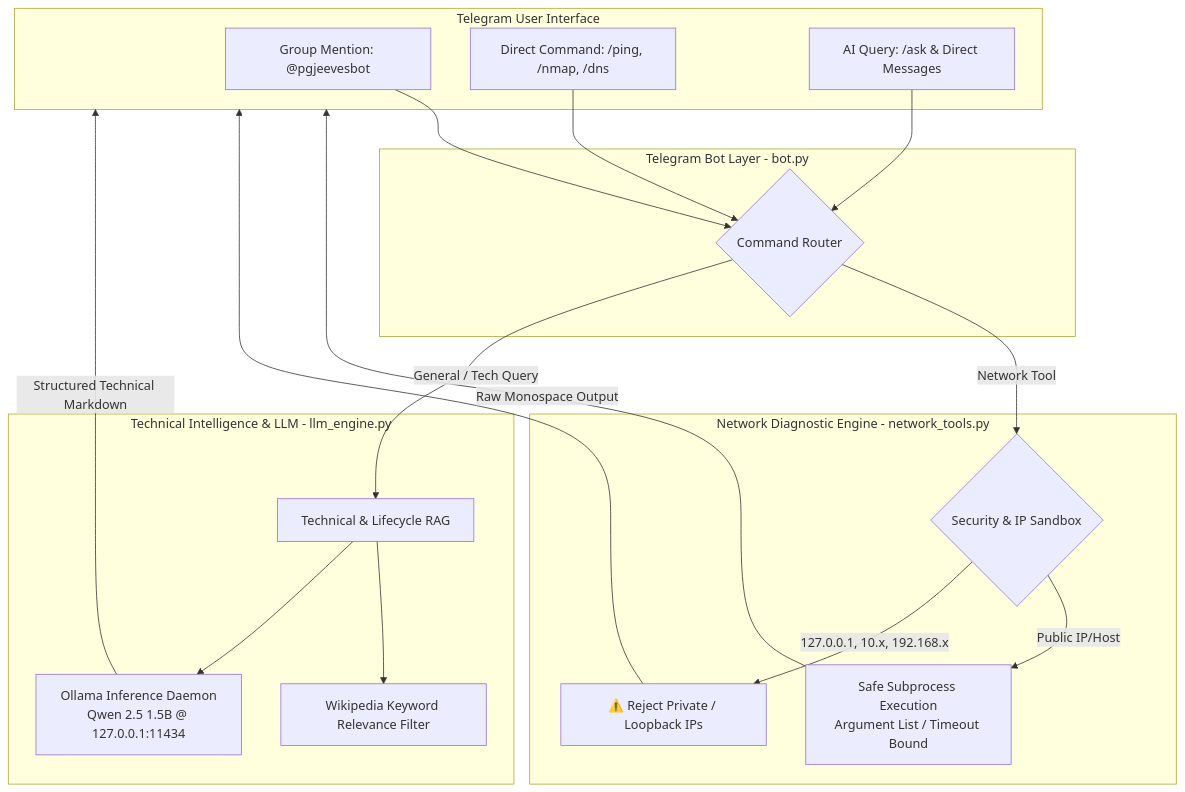
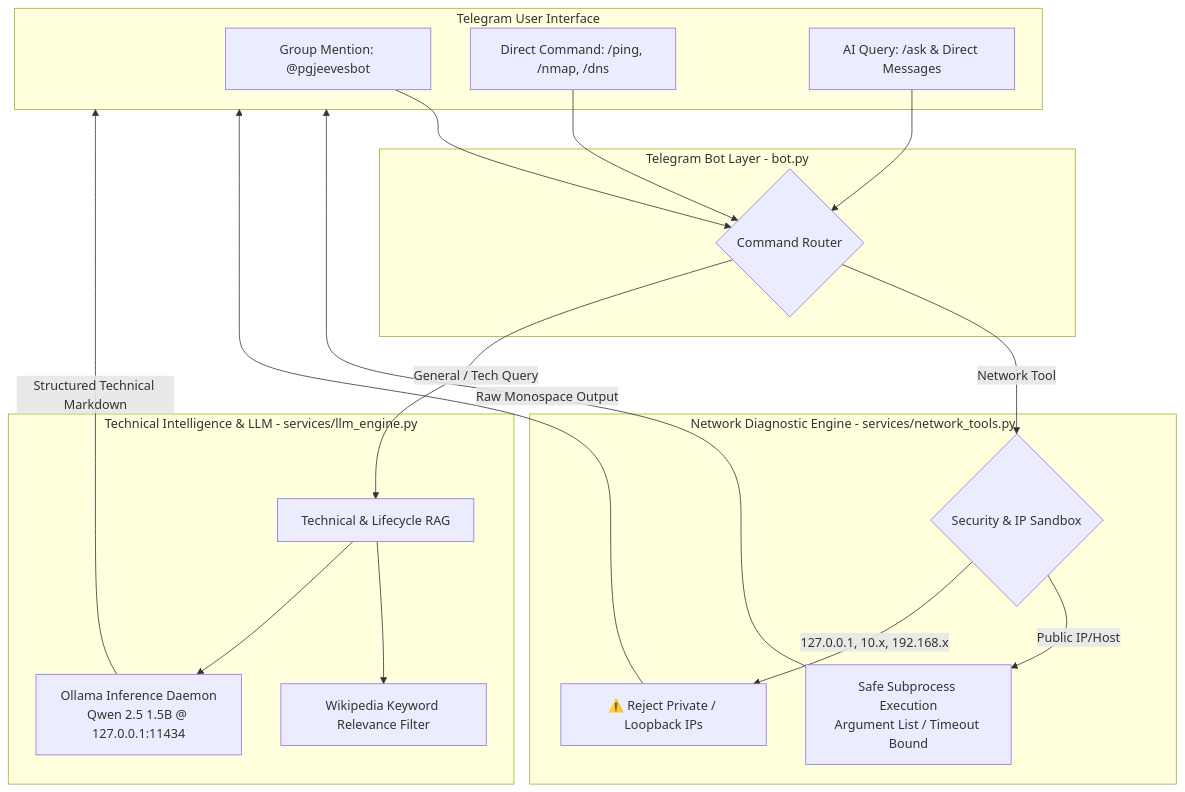
One commit to pngflaver/jeeves changed the second of 2 diagrams in README.md. Above: the diagram before and after it, drawn with Mermaid. The commit also changed other lines of this file and 20 other files, not shown here.

````diff
--- a/README.md
+++ b/README.md
@@ -113,38 +151,38 @@
 ```mermaid
 flowchart TD
     subgraph Telegram_Client [Telegram User Interface]
         U1[Group Mention: @pgjeevesbot]
         U2[Direct Command: /ping, /nmap, /dns]
         U3[AI Query: /ask & Direct Messages]
     end
 
     subgraph Bot_Application [Telegram Bot Layer - bot.py]
         Router{Command Router}
         U1 --> Router
         U2 --> Router
         U3 --> Router
     end
 
-    subgraph Network_Engine [Network Diagnostic Engine - network_tools.py]
+    subgraph Network_Engine [Network Diagnostic Engine - services/network_tools.py]
         Sandbox{Security & IP Sandbox}
         Subproc[Safe Subprocess Execution\nArgument List / Timeout Bound]
         Blocked[⚠️ Reject Private / Loopback IPs]
     end
 
-    subgraph AI_Engine [Technical Intelligence & LLM - llm_engine.py]
+    subgraph AI_Engine [Technical Intelligence & LLM - services/llm_engine.py]
         TechService[Technical & Lifecycle RAG]
         WikiService[Wikipedia Keyword Relevance Filter]
         Ollama[Ollama Inference Daemon\nQwen 2.5 1.5B @ 127.0.0.1:11434]
     end
 
     Router -->|Network Tool| Sandbox
     Sandbox -->|Public IP/Host| Subproc
     Sandbox -->|127.0.0.1, 10.x, 192.168.x| Blocked
     Subproc -->|Raw Monospace Output| Telegram_Client
     Blocked --> Telegram_Client
 
     Router -->|General / Tech Query| TechService
     TechService --> WikiService
     TechService --> Ollama
     Ollama -->|Structured Technical Markdown| Telegram_Client
 ```
````
